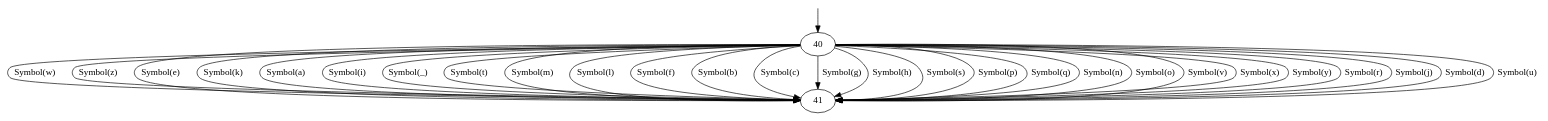
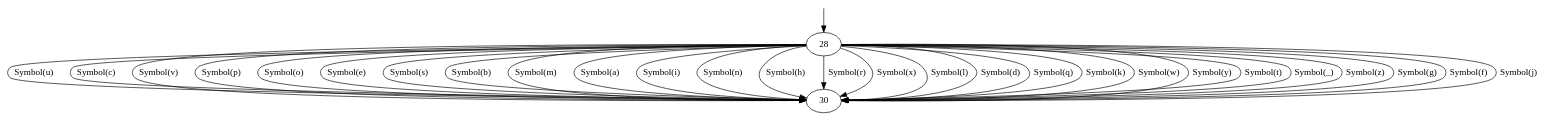
One commit to Thewbi/stm8_asm changed the diagram in bottom_automaton.dot. Above: the diagram before and after it, drawn with Graphviz. The commit also changed 28 other files, not shown here.

```diff
--- a/bottom_automaton.dot
+++ b/bottom_automaton.dot
@@ -1,33 +1,33 @@
 // https://dreampuf.github.io/GraphvizOnline
 
 digraph {
 	start_pointer [label= "", shape=none,height=.0,width=.0]
-	start_pointer -> 40;
-	40 -> 41[label="Symbol(w)"];
-	40 -> 41[label="Symbol(z)"];
-	40 -> 41[label="Symbol(e)"];
-	40 -> 41[label="Symbol(k)"];
-	40 -> 41[label="Symbol(a)"];
-	40 -> 41[label="Symbol(i)"];
-	40 -> 41[label="Symbol(_)"];
-	40 -> 41[label="Symbol(t)"];
-	40 -> 41[label="Symbol(m)"];
-	40 -> 41[label="Symbol(l)"];
-	40 -> 41[label="Symbol(f)"];
-	40 -> 41[label="Symbol(b)"];
-	40 -> 41[label="Symbol(c)"];
-	40 -> 41[label="Symbol(g)"];
-	40 -> 41[label="Symbol(h)"];
-	40 -> 41[label="Symbol(s)"];
-	40 -> 41[label="Symbol(p)"];
-	40 -> 41[label="Symbol(q)"];
-	40 -> 41[label="Symbol(n)"];
-	40 -> 41[label="Symbol(o)"];
-	40 -> 41[label="Symbol(v)"];
-	40 -> 41[label="Symbol(x)"];
-	40 -> 41[label="Symbol(y)"];
-	40 -> 41[label="Symbol(r)"];
-	40 -> 41[label="Symbol(j)"];
-	40 -> 41[label="Symbol(d)"];
-	40 -> 41[label="Symbol(u)"];
+	start_pointer -> 28;
+	28 -> 30[label="Symbol(u)"];
+	28 -> 30[label="Symbol(c)"];
+	28 -> 30[label="Symbol(v)"];
+	28 -> 30[label="Symbol(p)"];
+	28 -> 30[label="Symbol(o)"];
+	28 -> 30[label="Symbol(e)"];
+	28 -> 30[label="Symbol(s)"];
+	28 -> 30[label="Symbol(b)"];
+	28 -> 30[label="Symbol(m)"];
+	28 -> 30[label="Symbol(a)"];
+	28 -> 30[label="Symbol(i)"];
+	28 -> 30[label="Symbol(n)"];
+	28 -> 30[label="Symbol(h)"];
+	28 -> 30[label="Symbol(r)"];
+	28 -> 30[label="Symbol(x)"];
+	28 -> 30[label="Symbol(l)"];
+	28 -> 30[label="Symbol(d)"];
+	28 -> 30[label="Symbol(q)"];
+	28 -> 30[label="Symbol(k)"];
+	28 -> 30[label="Symbol(w)"];
+	28 -> 30[label="Symbol(y)"];
+	28 -> 30[label="Symbol(t)"];
+	28 -> 30[label="Symbol(_)"];
+	28 -> 30[label="Symbol(z)"];
+	28 -> 30[label="Symbol(g)"];
+	28 -> 30[label="Symbol(f)"];
+	28 -> 30[label="Symbol(j)"];
 }
```
